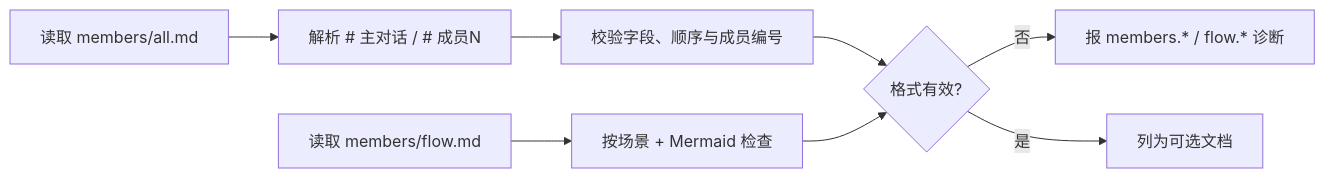
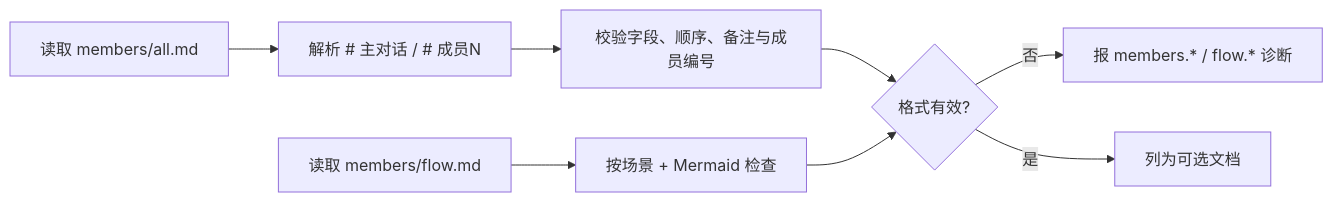
Before and after one commit to Cangjier/coder: the seventh of 10 diagrams in .coder/design/architecture.md, drawn with Mermaid. The commit also changed other lines of this file and 10 other files, not shown here.

````diff
--- a/.coder/design/architecture.md
+++ b/.coder/design/architecture.md
@@ -124,10 +124,10 @@
 ```mermaid
 flowchart LR
   A[读取 members/all.md] --> B[解析 # 主对话 / # 成员N]
-  B --> C[校验字段、顺序与成员编号]
+  B --> C[校验字段、顺序、备注与成员编号]
   D[读取 members/flow.md] --> E[按场景 + Mermaid 检查]
   C --> F{格式有效?}
   E --> F
   F -- 否 --> G[报 members.* / flow.* 诊断]
   F -- 是 --> H[列为可选文档]
 ```
````
